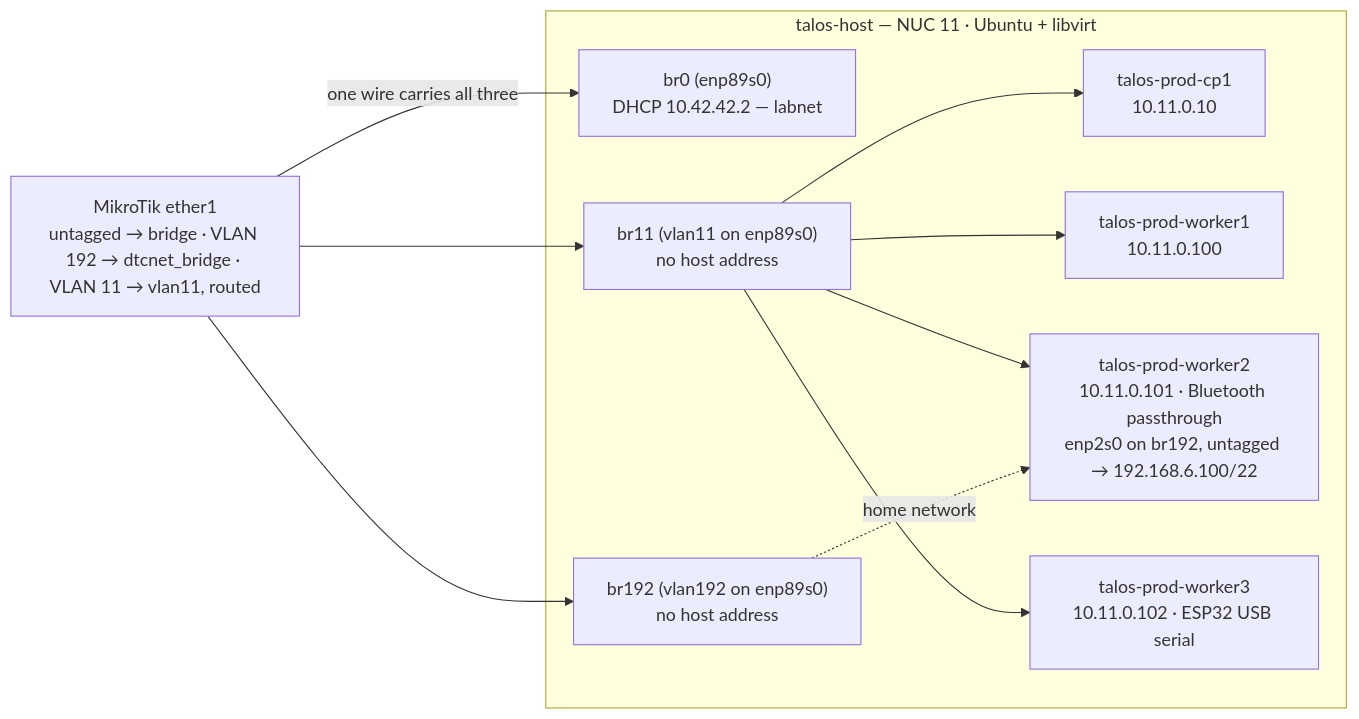
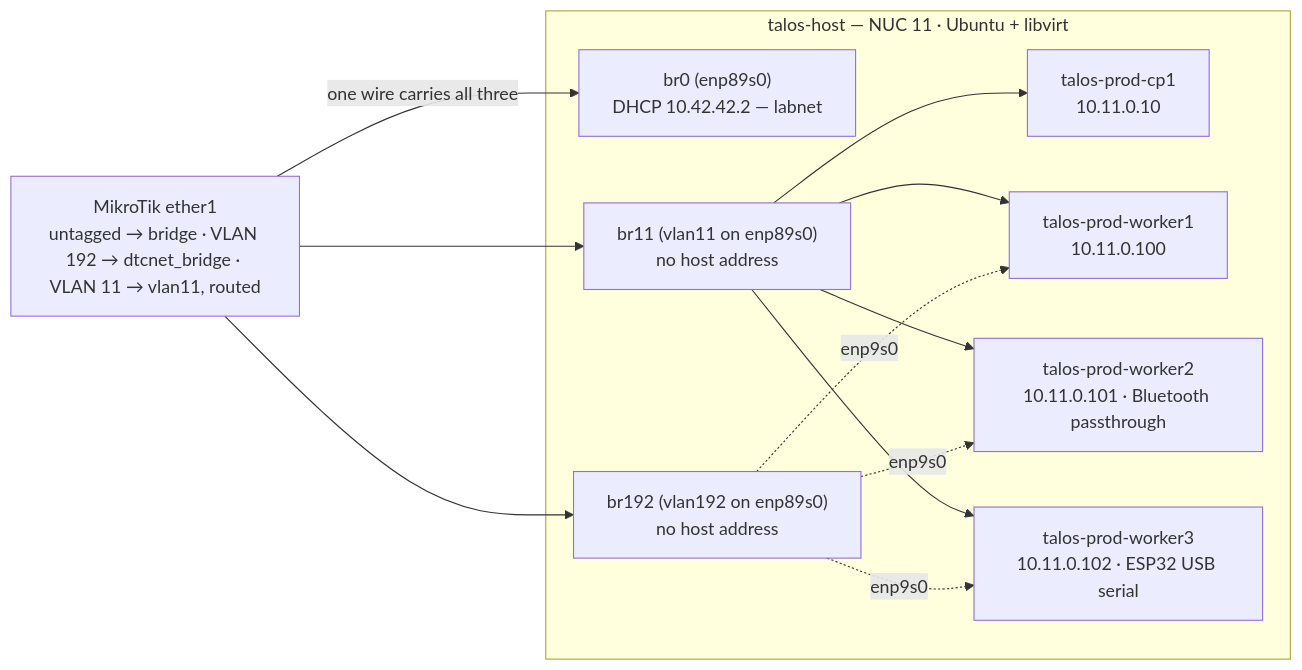
The second of 4 diagrams in docs/network.md (dancavallaro/homelab), drawn with Mermaid before and after one commit. The commit also changed other lines of this file and 7 other files, not shown here.

````diff
--- a/docs/network.md
+++ b/docs/network.md
@@ -125,23 +128,25 @@
 ```mermaid
 flowchart LR
     e1["MikroTik ether1<br>untagged → bridge · VLAN 192 → dtcnet_bridge · VLAN 11 → vlan11, routed"]
 
     subgraph th["talos-host — NUC 11 · Ubuntu + libvirt"]
         br0["br0 (enp89s0)<br>DHCP 10.42.42.2 — labnet"]
         br11["br11 (vlan11 on enp89s0)<br>no host address"]
         br192["br192 (vlan192 on enp89s0)<br>no host address"]
         cp1["talos-prod-cp1<br>10.11.0.10"]
         w1["talos-prod-worker1<br>10.11.0.100"]
-        w2["talos-prod-worker2<br>10.11.0.101 · Bluetooth passthrough<br>enp2s0 on br192, untagged → 192.168.6.100/22"]
+        w2["talos-prod-worker2<br>10.11.0.101 · Bluetooth passthrough"]
         w3["talos-prod-worker3<br>10.11.0.102 · ESP32 USB serial"]
     end
 
     e1 -->|"one wire carries all three"| br0
     e1 --> br11
     br11 --> cp1
     br11 --> w1
     br11 --> w2
     br11 --> w3
     e1 --> br192
-    br192 -.->|"home network"| w2
+    br192 -.->|enp9s0| w1
+    br192 -.->|enp9s0| w2
+    br192 -.->|enp9s0| w3
 ```
````
